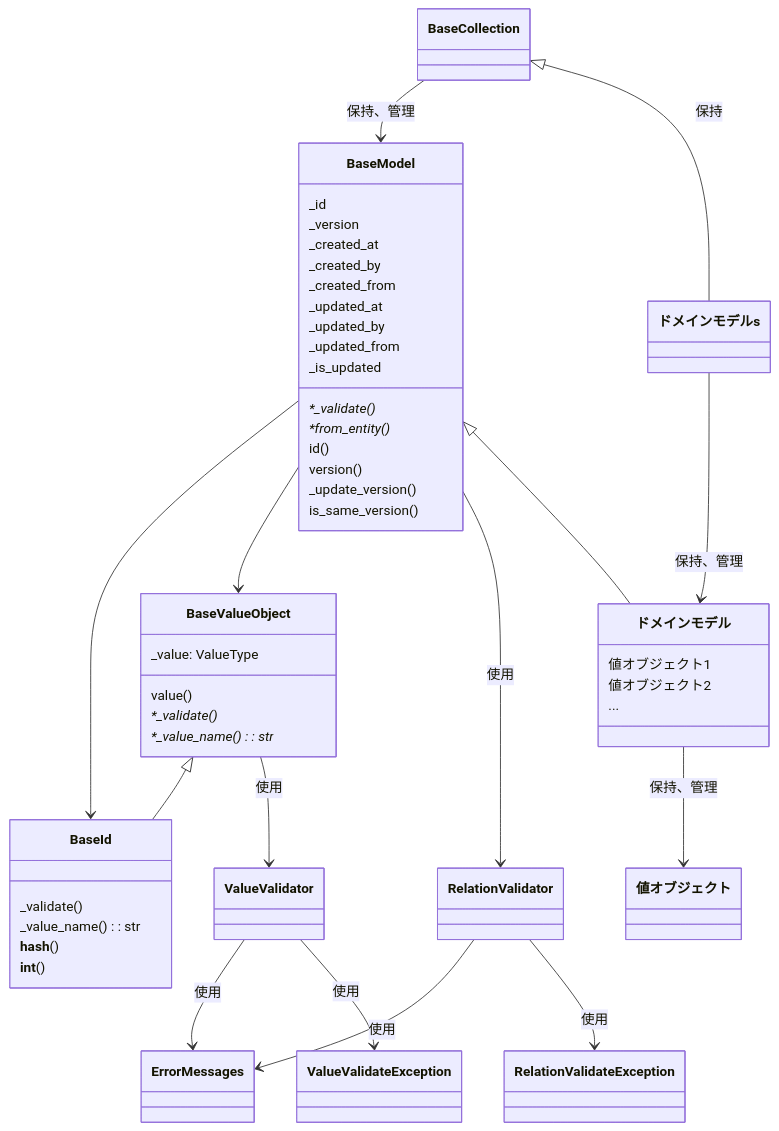
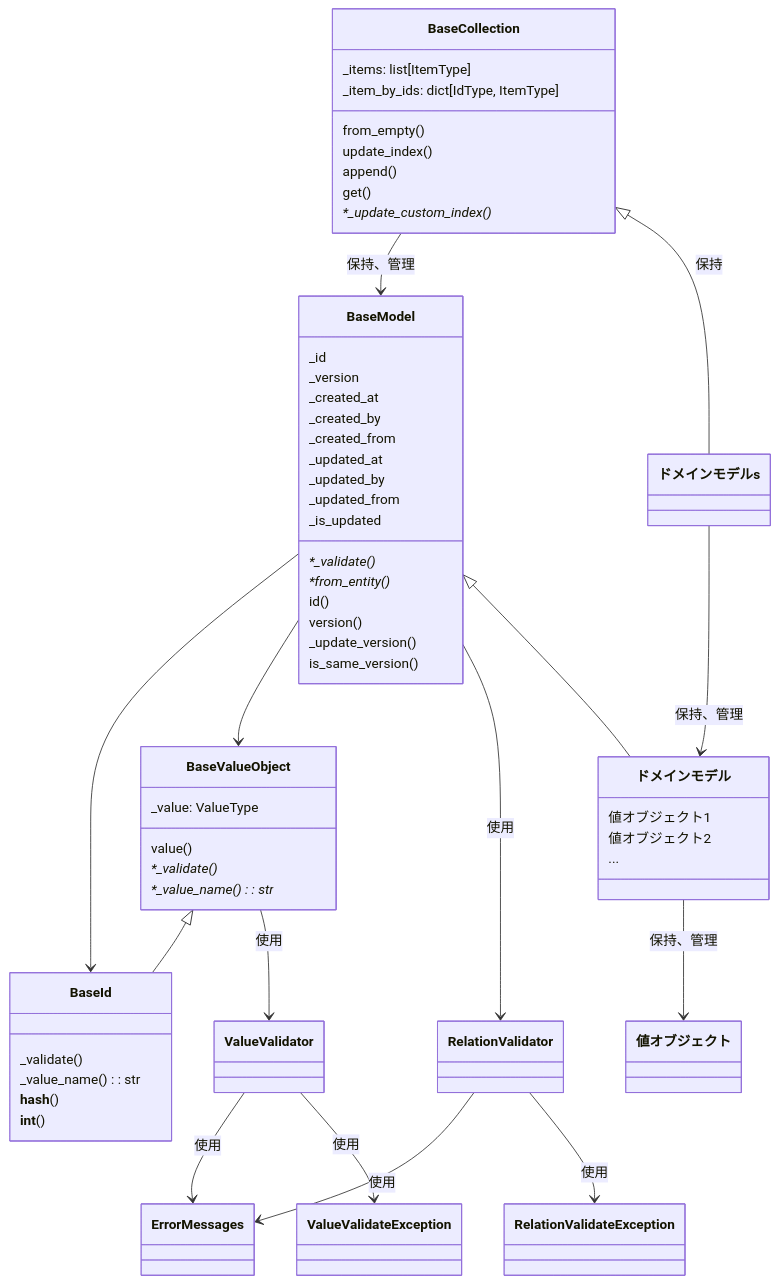
The diagram in docs/ja/api/ドメインモデル-domain_model.md (shuhei1101/allowance-questboard), drawn with Mermaid before and after one commit. The commit also changed other lines of this file and 80 other files, not shown here.

````diff
--- a/docs/ja/api/ドメインモデル-domain_model.md
+++ b/docs/ja/api/ドメインモデル-domain_model.md
@@ -8,75 +9,81 @@
 ```mermaid
 classDiagram
     class ErrorMessages
     class ValueValidateException
     class ValueValidator
     class RelationValidateException
     class RelationValidator
 
     ValueValidator --> ErrorMessages: 使用
     ValueValidator --> ValueValidateException: 使用
 
     RelationValidator --> ErrorMessages: 使用
     RelationValidator --> RelationValidateException: 使用
 
     class BaseValueObject {
       _value: ValueType
       value()
       *_validate()*
       *_value_name()*: str
     }
 
     class BaseId {
       _validate()
       _value_name(): str
       __hash__()
       __int__()
     }
 
     class BaseModel {
       _id
       _version
       _created_at
       _created_by
       _created_from
       _updated_at
       _updated_by
       _updated_from
       _is_updated
       *_validate()*
       *from_entity()*
       id()
       version()
       _update_version()
       is_same_version()
     }
 
     class BaseCollection {
-      
+      _items: list[ItemType]
+      _item_by_ids: dict[IdType, ItemType]
+      from_empty()
+      update_index()
+      append()
+      get()
+      *_update_custom_index()*
     }
 
     class ドメインモデル {
       値オブジェクト1
       値オブジェクト2
       ...
     }
 
     class ドメインモデルs {
       
     }
 
     BaseValueObject <|-- BaseId
     BaseValueObject --> ValueValidator: 使用
 
     BaseModel --> BaseId
     BaseModel --> BaseValueObject
     BaseModel --> RelationValidator: 使用
 
     BaseCollection --> BaseModel: 保持、管理
     
     BaseModel <|-- ドメインモデル
     ドメインモデル --> 値オブジェクト: 保持、管理
 
     BaseCollection <|-- ドメインモデルs: 保持
     ドメインモデルs --> ドメインモデル: 保持、管理
 ```
````
